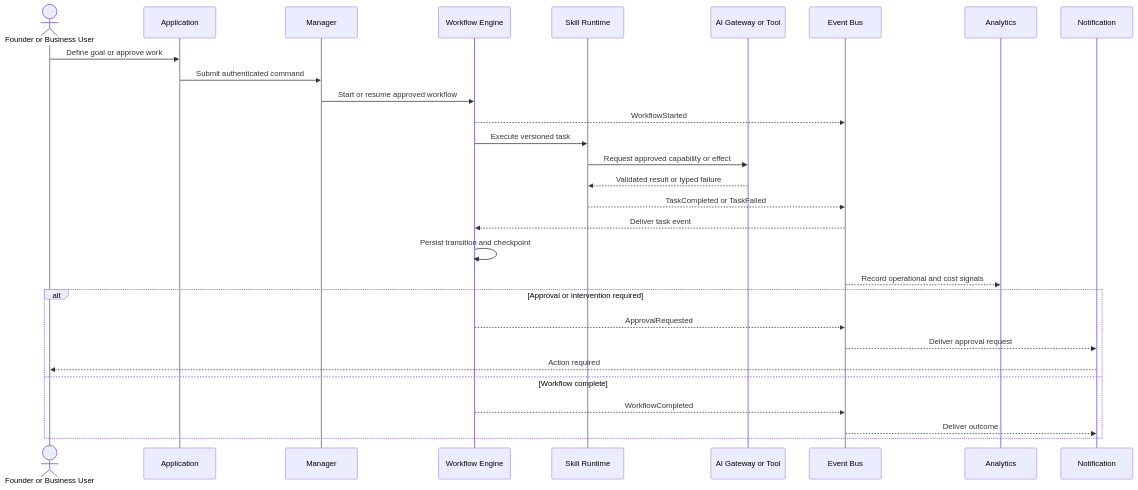
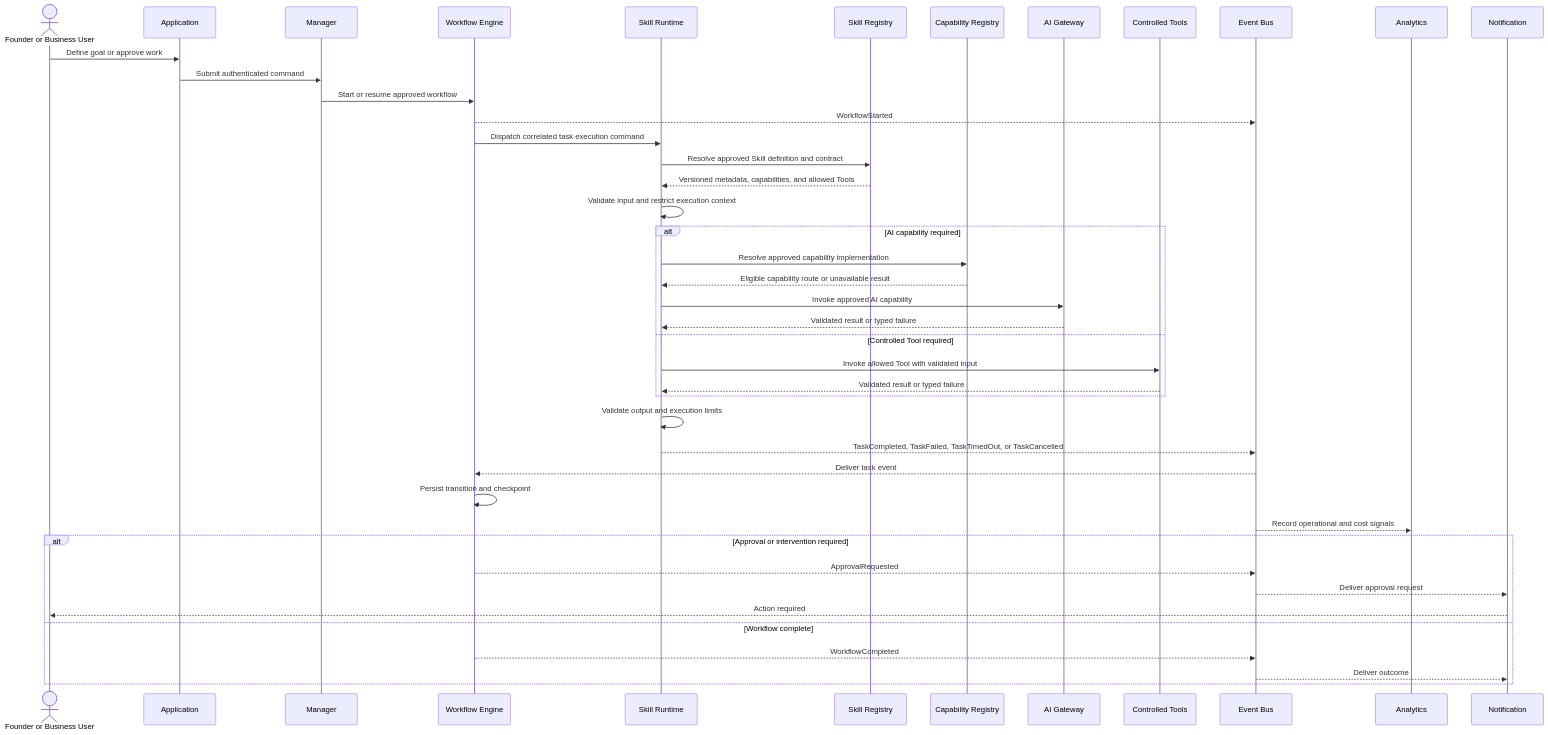
One commit to mayurbhavsar04/AIEOS changed the third of 3 diagrams in docs/03-architecture/SystemArchitecture.md. Above: the diagram before and after it, drawn with Mermaid. The commit also changed other lines of this file and 1 other file, not shown here.

Commit message:
docs: define Skill Runtime boundary

````diff
--- a/docs/03-architecture/SystemArchitecture.md
+++ b/docs/03-architecture/SystemArchitecture.md
@@ -185,32 +189,46 @@
 ```mermaid
 sequenceDiagram
     actor User as Founder or Business User
     participant App as Application
     participant Manager
     participant Workflow as Workflow Engine
-    participant Skill as Skill Runtime
-    participant Gateway as AI Gateway or Tool
+    participant Runtime as Skill Runtime
+    participant Registry as Skill Registry
+    participant Capability as Capability Registry
+    participant Gateway as AI Gateway
+    participant Tools as Controlled Tools
     participant Bus as Event Bus
     participant Analytics
     participant Notify as Notification
 
     User->>App: Define goal or approve work
     App->>Manager: Submit authenticated command
     Manager->>Workflow: Start or resume approved workflow
     Workflow-->>Bus: WorkflowStarted
-    Workflow->>Skill: Execute versioned task
-    Skill->>Gateway: Request approved capability or effect
-    Gateway-->>Skill: Validated result or typed failure
-    Skill-->>Bus: TaskCompleted or TaskFailed
+    Workflow->>Runtime: Dispatch correlated task execution command
+    Runtime->>Registry: Resolve approved Skill definition and contract
+    Registry-->>Runtime: Versioned metadata, capabilities, and allowed Tools
+    Runtime->>Runtime: Validate input and restrict execution context
+    alt AI capability required
+        Runtime->>Capability: Resolve approved capability implementation
+        Capability-->>Runtime: Eligible capability route or unavailable result
+        Runtime->>Gateway: Invoke approved AI capability
+        Gateway-->>Runtime: Validated result or typed failure
+    else Controlled Tool required
+        Runtime->>Tools: Invoke allowed Tool with validated input
+        Tools-->>Runtime: Validated result or typed failure
+    end
+    Runtime->>Runtime: Validate output and execution limits
+    Runtime-->>Bus: TaskCompleted, TaskFailed, TaskTimedOut, or TaskCancelled
     Bus-->>Workflow: Deliver task event
     Workflow->>Workflow: Persist transition and checkpoint
     Bus-->>Analytics: Record operational and cost signals
     alt Approval or intervention required
         Workflow-->>Bus: ApprovalRequested
         Bus-->>Notify: Deliver approval request
         Notify-->>User: Action required
     else Workflow complete
         Workflow-->>Bus: WorkflowCompleted
         Bus-->>Notify: Deliver outcome
     end
 ```
````
